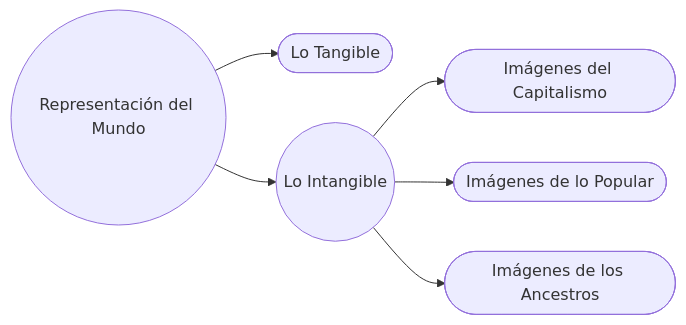
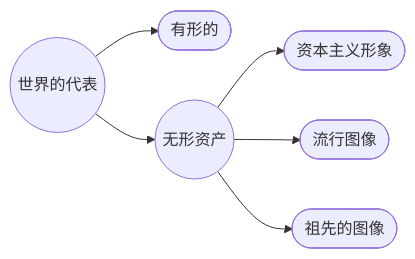
Before and after one commit to EGGS-Artesvisuales/EGGS-Artesvisuales.github.io: the diagram in CHN/intangible.md, drawn with Mermaid. The commit also changed other lines of this file and 43 other files, not shown here.

```diff
--- a/CHN/intangible.md
+++ b/CHN/intangible.md
@@ -34,17 +34,17 @@
 <div class="mermaid">
 graph LR
-    Representacion(("Representación del Mundo"))
-    Representacion --> Tangible(["Lo Tangible"])
-    Representacion --> Intangible(("Lo Intangible"))
+    Representacion(("世界的代表"))
+    Representacion --> Tangible(["有形的"])
+    Representacion --> Intangible(("无形资产"))
 
-    Intangible --> Capitalismo(["Imágenes del Capitalismo"])
-    Intangible --> Popular(["Imágenes de lo Popular"])
-    Intangible --> Ancestros(["Imágenes de los Ancestros"])
+    Intangible --> Capitalismo(["资本主义形象"])
+    Intangible --> Popular(["流行图像"])
+    Intangible --> Ancestros(["祖先的图像"])
 
-    click Representacion "/CHN/mundo-exterior.html" "Ir a Representación del Mundo"
-    click Tangible "/CHN/tangible.html" "Ir a Lo Tangible"
-    click Intangible "/CHN/intangible.html" "Ir a Lo Intangible"
-    click Capitalismo "/CHN/imagenes-capitalismo.html" "Ir a Imágenes del Capitalismo"
-    click Popular "/CHN/imagenes-popular.html" "Ir a Imágenes de lo Popular"
-    click Ancestros "/CHN/imagenes-ancestros.html" "Ir a Imágenes de los Ancestros"
+    click Representacion "/CHN/mundo-exterior.html" "前往世界代表"
+    click Tangible "/CHN/tangible.html" "走向有形"
+    click Intangible "/CHN/intangible.html" "走向无形"
+    click Capitalismo "/CHN/imagenes-capitalismo.html" "前往资本主义形象"
+    click Popular "/CHN/imagenes-popular.html" "前往热门图片"
+    click Ancestros "/CHN/imagenes-ancestros.html" "前往祖先画像"
 </div>
```
